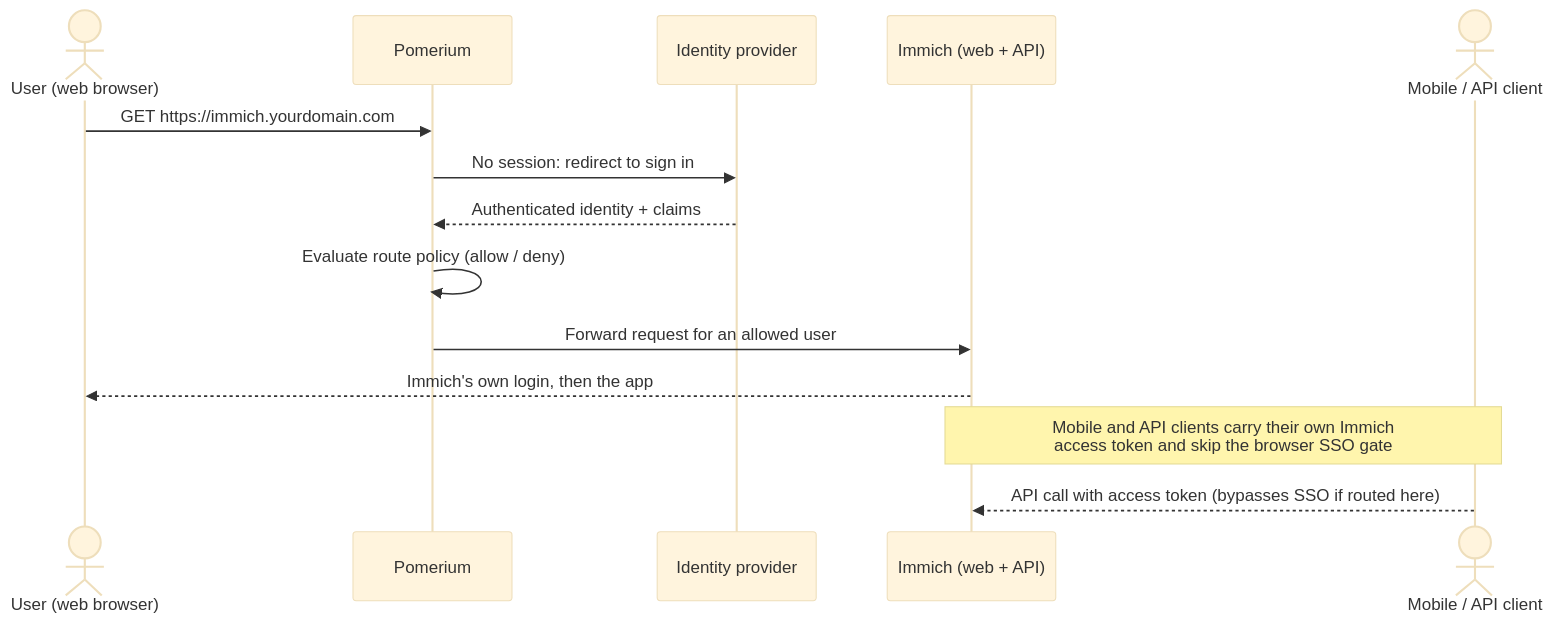
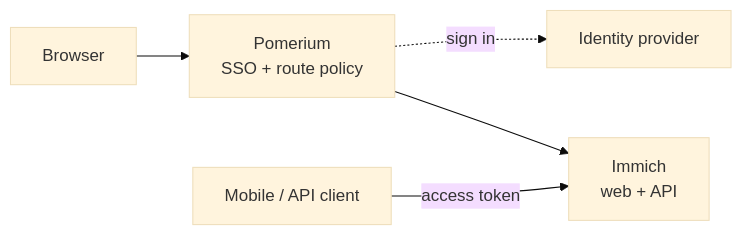
Before and after one commit to pomerium/documentation: the diagram in content/docs/guides/immich.mdx, drawn with Mermaid (base theme). The commit also changed other lines of this file and 1 other file, not shown here.

First line of the commit message:
docs(guides): clean up Immich guide prose and diagrams

````diff
--- a/content/docs/guides/immich.mdx
+++ b/content/docs/guides/immich.mdx
@@ -33,18 +23,7 @@
 ```mermaid
-sequenceDiagram
-    actor User as User (web browser)
-    participant Pomerium
-    participant IdP as Identity provider
-    participant Immich as Immich (web + API)
-    actor Mobile as Mobile / API client
-
-    User->>Pomerium: GET https://immich.yourdomain.com
-    Pomerium->>IdP: No session: redirect to sign in
-    IdP-->>Pomerium: Authenticated identity + claims
-    Pomerium->>Pomerium: Evaluate route policy (allow / deny)
-    Pomerium->>Immich: Forward request for an allowed user
-    Immich-->>User: Immich's own login, then the app
-
-    Note over Mobile,Immich: Mobile and API clients carry their own Immich<br/>access token and skip the browser SSO gate
-    Mobile-->>Immich: API call with access token (bypasses SSO if routed here)
+flowchart LR
+    Browser --> Pomerium["Pomerium<br/>SSO + route policy"]
+    Pomerium -.->|"sign in"| IdP[Identity provider]
+    Pomerium --> Immich["Immich<br/>web + API"]
+    Mobile["Mobile / API client"] -->|"access token"| Immich
 ```
````
